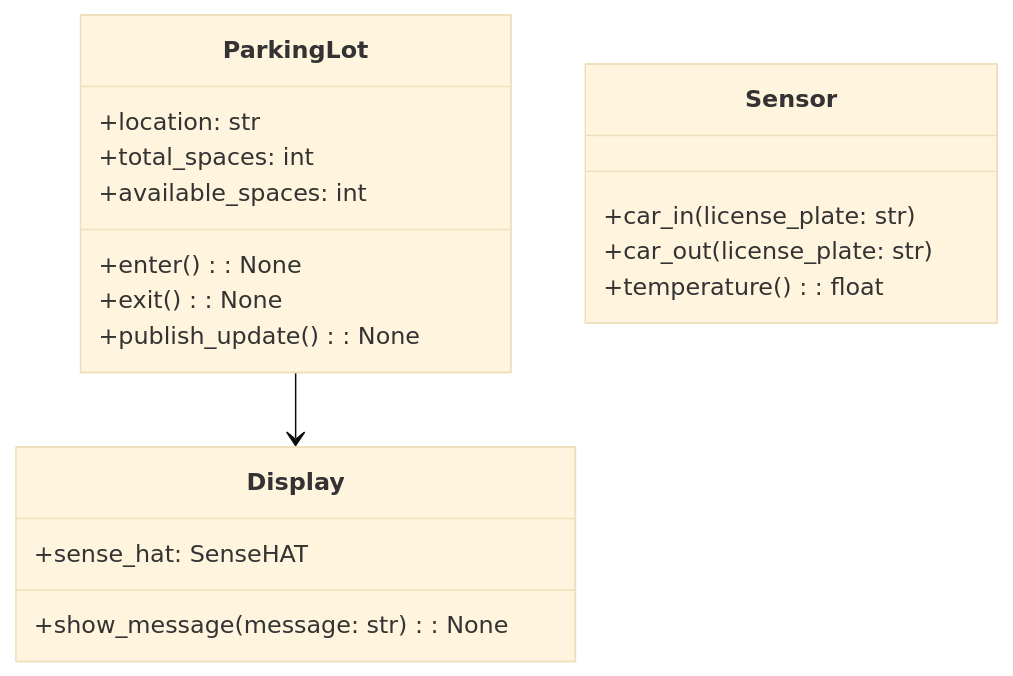
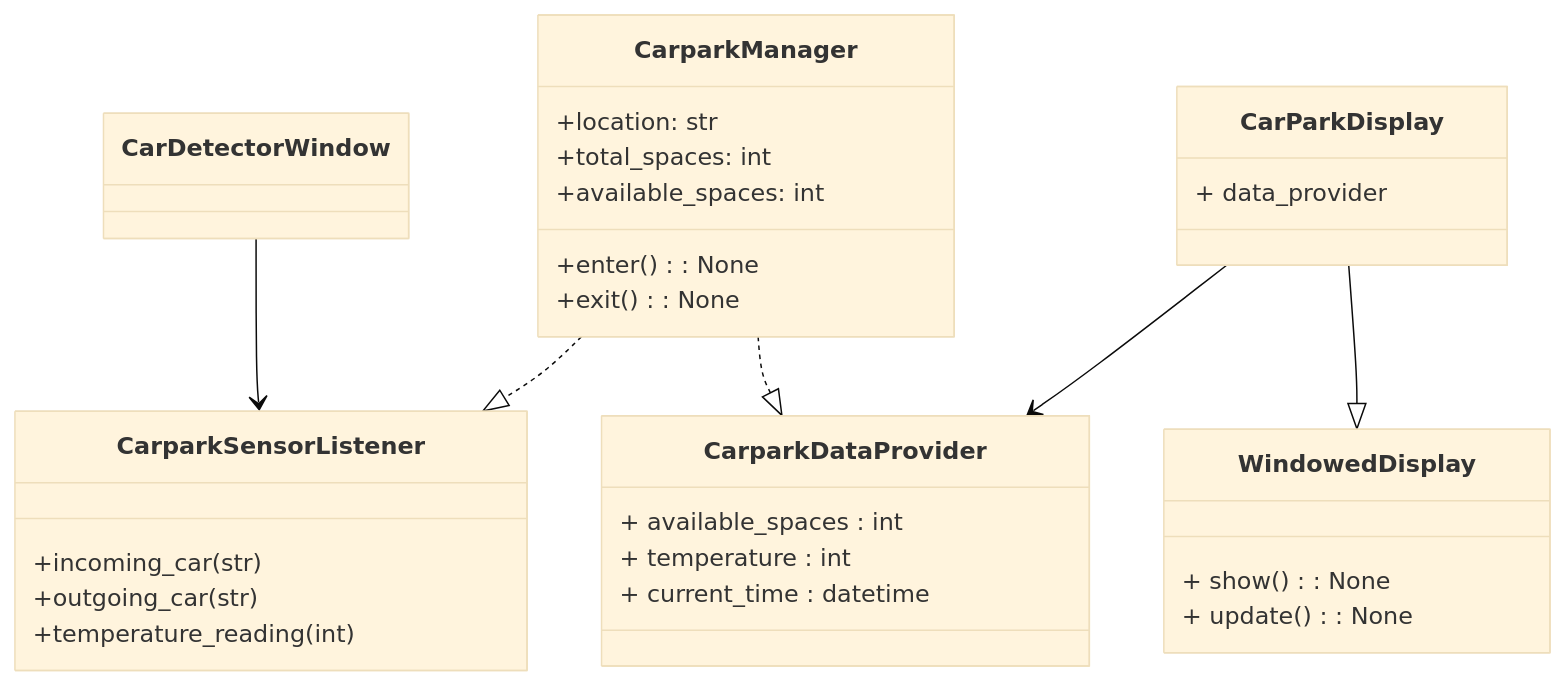
One commit to chris-arnold-nmtafe/civ-datascience-ipriot-proj-carpark changed the diagram in docs/high_level_design.md. Above: the diagram before and after it, drawn with Mermaid (base theme). The commit also changed other lines of this file and 2 other files, not shown here.

````diff
--- a/docs/high_level_design.md
+++ b/docs/high_level_design.md
@@ -37,22 +39,36 @@
 ```mermaid
 
 classDiagram
-    ParkingLot --> Display
-    class ParkingLot {
+    CarDetectorWindow --> CarparkSensorListener
+    CarParkDisplay --> CarparkDataProvider
+    CarparkManager ..|> CarparkSensorListener
+    CarparkManager ..|> CarparkDataProvider
+    CarParkDisplay --|> WindowedDisplay
+    class WindowedDisplay {
+        + show(): None
+        + update() : None
+    }
+    class CarParkDisplay {
+        + data_provider
+    }
+    class CarparkDataProvider {
+        + available_spaces : int
+        + temperature : int
+        + current_time : datetime
+    }
+    class CarDetectorWindow {
+
+    }
+    class CarparkSensorListener {
+        +incoming_car(str)
+        +outgoing_car(str)
+        +temperature_reading(int) 
+    }
+    class CarparkManager {
         +location: str
         +total_spaces: int
         +available_spaces: int
         +enter(): None
         +exit(): None
-        +publish_update(): None
-    }
-    class Sensor {
-        +car_in(license_plate: str)
-        +car_out(license_plate: str)
-        +temperature(): float
-    }
-    class Display {
-        +sense_hat: SenseHAT
-        +show_message(message: str): None
     }
 ```
````
